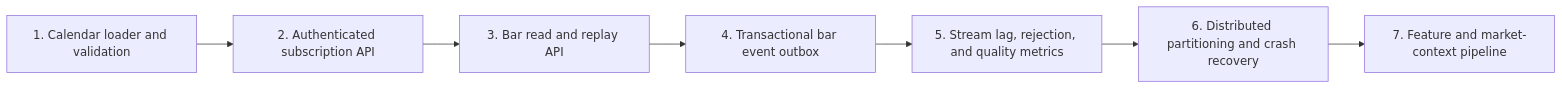
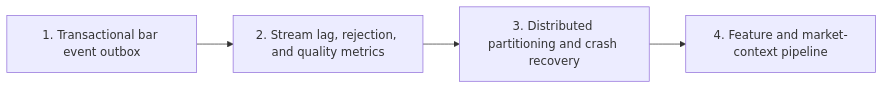
The tenth of 10 diagrams in docs/architecture/core-ai/market-intelligence-user-flows-and-sequences.md (satyapp/predictiveEdge), drawn with Mermaid before and after one commit. The commit also changed other lines of this file and 29 other files, not shown here.

First line of the commit message:
point-in-time market-bar read and replay API committed

````diff
--- a/docs/architecture/core-ai/market-intelligence-user-flows-and-sequences.md
+++ b/docs/architecture/core-ai/market-intelligence-user-flows-and-sequences.md
@@ -245,9 +324,6 @@
 ```mermaid
 flowchart LR
-    E1["1. Calendar loader and validation"] --> E2["2. Authenticated subscription API"]
-    E2 --> E3["3. Bar read and replay API"]
-    E3 --> E4["4. Transactional bar event outbox"]
-    E4 --> E5["5. Stream lag, rejection, and quality metrics"]
-    E5 --> E6["6. Distributed partitioning and crash recovery"]
-    E6 --> E7["7. Feature and market-context pipeline"]
+    E1["1. Transactional bar event outbox"] --> E2["2. Stream lag, rejection, and quality metrics"]
+    E2 --> E3["3. Distributed partitioning and crash recovery"]
+    E3 --> E4["4. Feature and market-context pipeline"]
 ```
````
